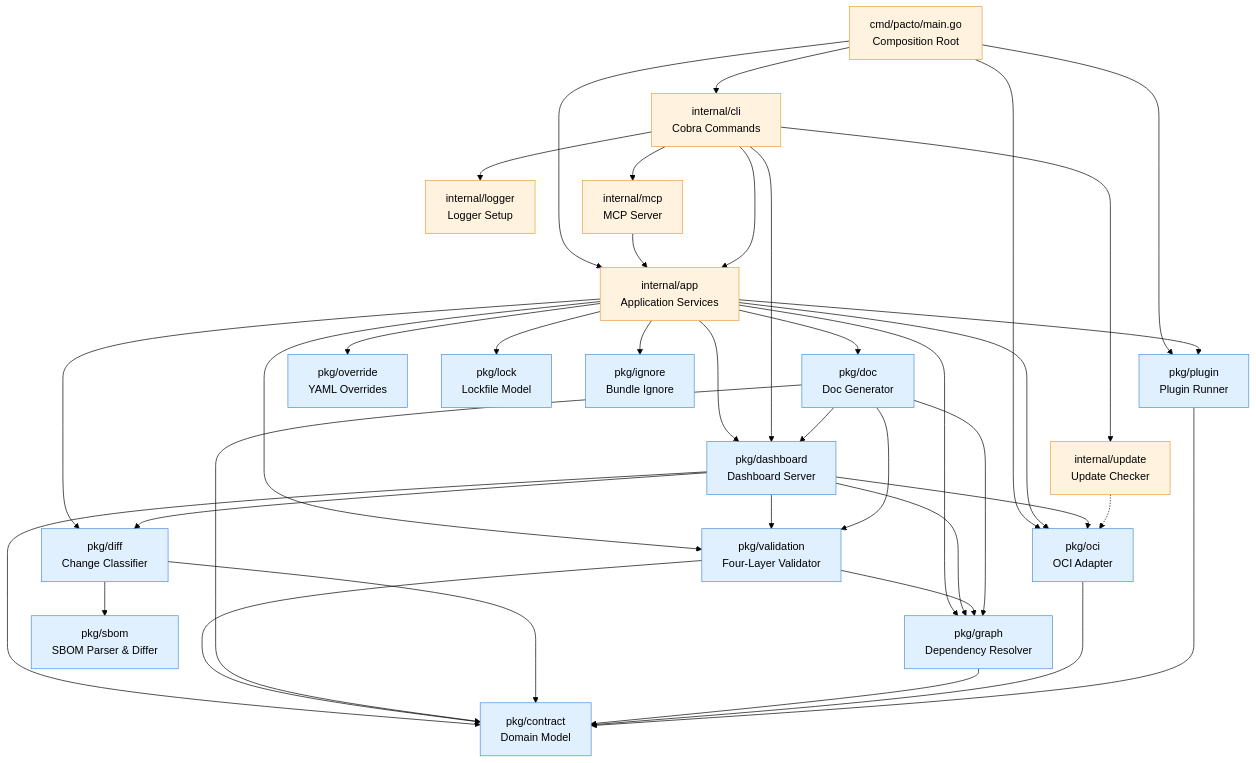
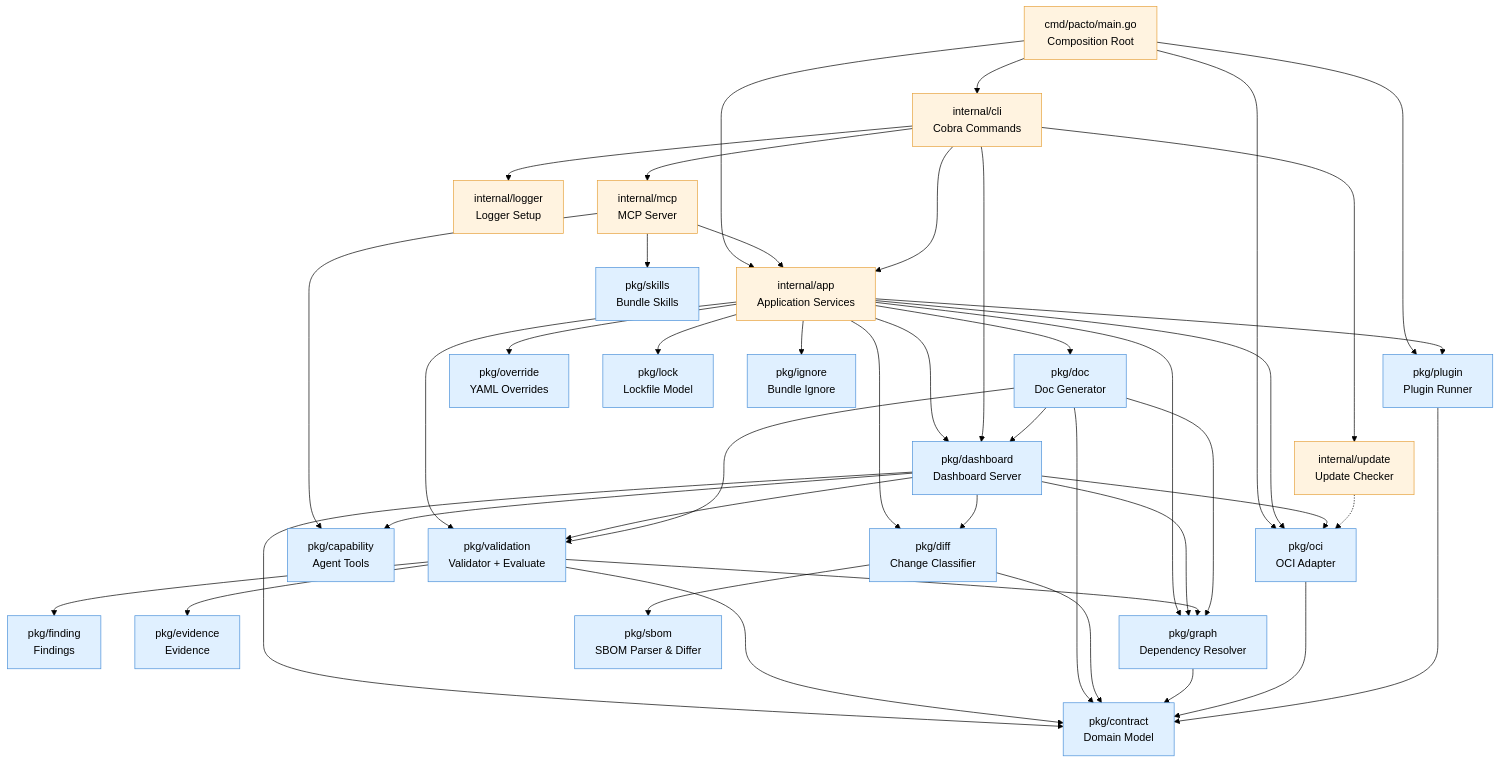
One commit to TrianaLab/pacto changed the first of 2 diagrams in docs/architecture.md. Above: the diagram before and after it, drawn with Mermaid (forest theme). The commit also changed other lines of this file and 722 other files, not shown here.

````diff
--- a/docs/architecture.md
+++ b/docs/architecture.md
@@ -20,45 +75,50 @@
 ```mermaid
 graph TD
     MAIN[cmd/pacto/main.go<br/>Composition Root] --> CLI[internal/cli<br/>Cobra Commands]
     MAIN --> APP
     MAIN --> OCI
     MAIN --> PLUG
     CLI --> LOG[internal/logger<br/>Logger Setup]
     CLI --> MCP[internal/mcp<br/>MCP Server]
     CLI --> UPDATE[internal/update<br/>Update Checker]
     MCP --> APP
+    MCP --> CAP[pkg/capability<br/>Agent Tools]
+    MCP --> SKILL[pkg/skills<br/>Bundle Skills]
+    DASH --> CAP
     CLI --> APP[internal/app<br/>Application Services]
-    APP --> VAL[pkg/validation<br/>Four-Layer Validator]
+    APP --> VAL[pkg/validation<br/>Validator + Evaluate]
+    VAL --> FIND[pkg/finding<br/>Findings]
+    VAL --> EVID[pkg/evidence<br/>Evidence]
     APP --> DIFF[pkg/diff<br/>Change Classifier]
     APP --> GRAPH[pkg/graph<br/>Dependency Resolver]
     APP --> OCI[pkg/oci<br/>OCI Adapter]
     APP --> PLUG[pkg/plugin<br/>Plugin Runner]
     APP --> DOC[pkg/doc<br/>Doc Generator]
     APP --> OVER[pkg/override<br/>YAML Overrides]
     APP --> DASH
     CLI --> DASH[pkg/dashboard<br/>Dashboard Server]
     DASH --> CONTRACT
     DOC --> DASH
     DASH --> DIFF
     DASH --> VAL
     DASH --> GRAPH
     DASH --> OCI
     DIFF --> SBOM[pkg/sbom<br/>SBOM Parser & Differ]
     VAL --> GRAPH
     DOC --> GRAPH
     DOC --> VAL
     VAL --> CONTRACT[pkg/contract<br/>Domain Model]
     DOC --> CONTRACT
     DIFF --> CONTRACT
     GRAPH --> CONTRACT
     OCI --> CONTRACT
     PLUG --> CONTRACT
     UPDATE -.-> OCI
     APP --> LOCK[pkg/lock<br/>Lockfile Model]
     APP --> IGN[pkg/ignore<br/>Bundle Ignore]
 
     classDef pkg fill:#e0f0ff,stroke:#4a90d9
     classDef internal fill:#fff3e0,stroke:#e6a23c
-    class CONTRACT,VAL,DIFF,GRAPH,PLUG,DOC,SBOM,OVER,DASH,OCI,LOCK,IGN pkg
+    class CONTRACT,VAL,DIFF,GRAPH,PLUG,DOC,SBOM,OVER,DASH,OCI,LOCK,IGN,FIND,EVID,CAP,SKILL pkg
     class APP,CLI,LOG,MCP,MAIN,UPDATE internal
 ```
````
